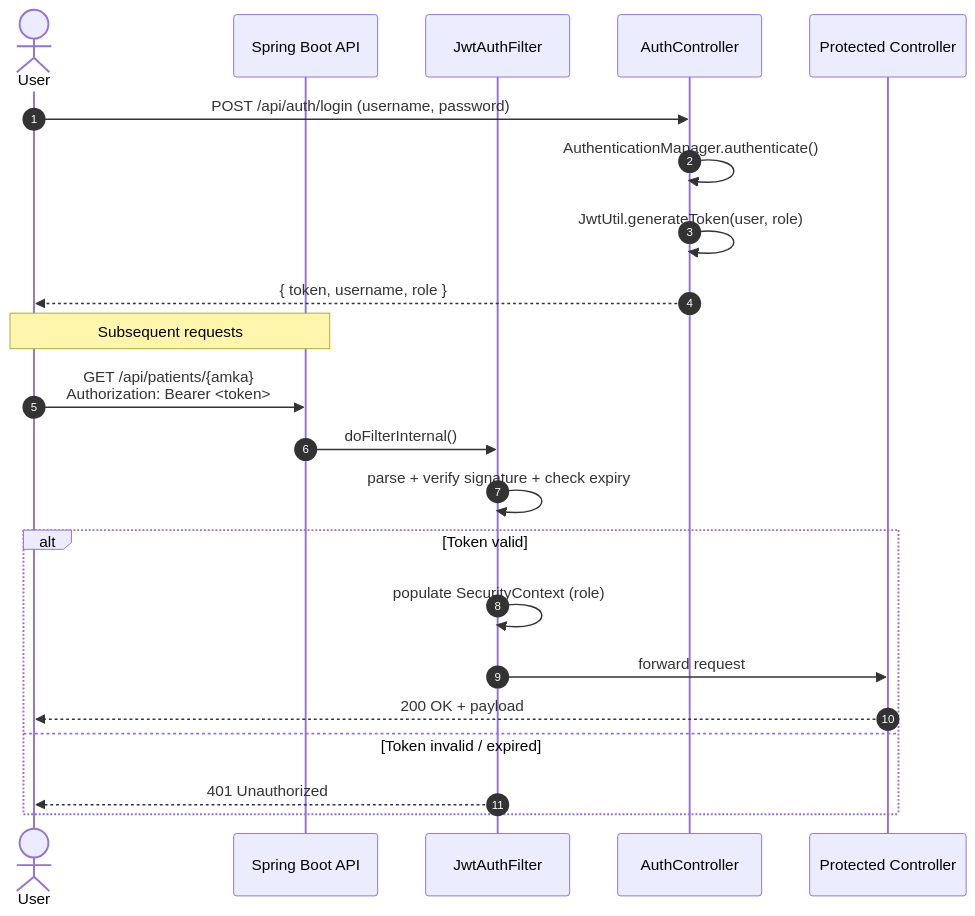
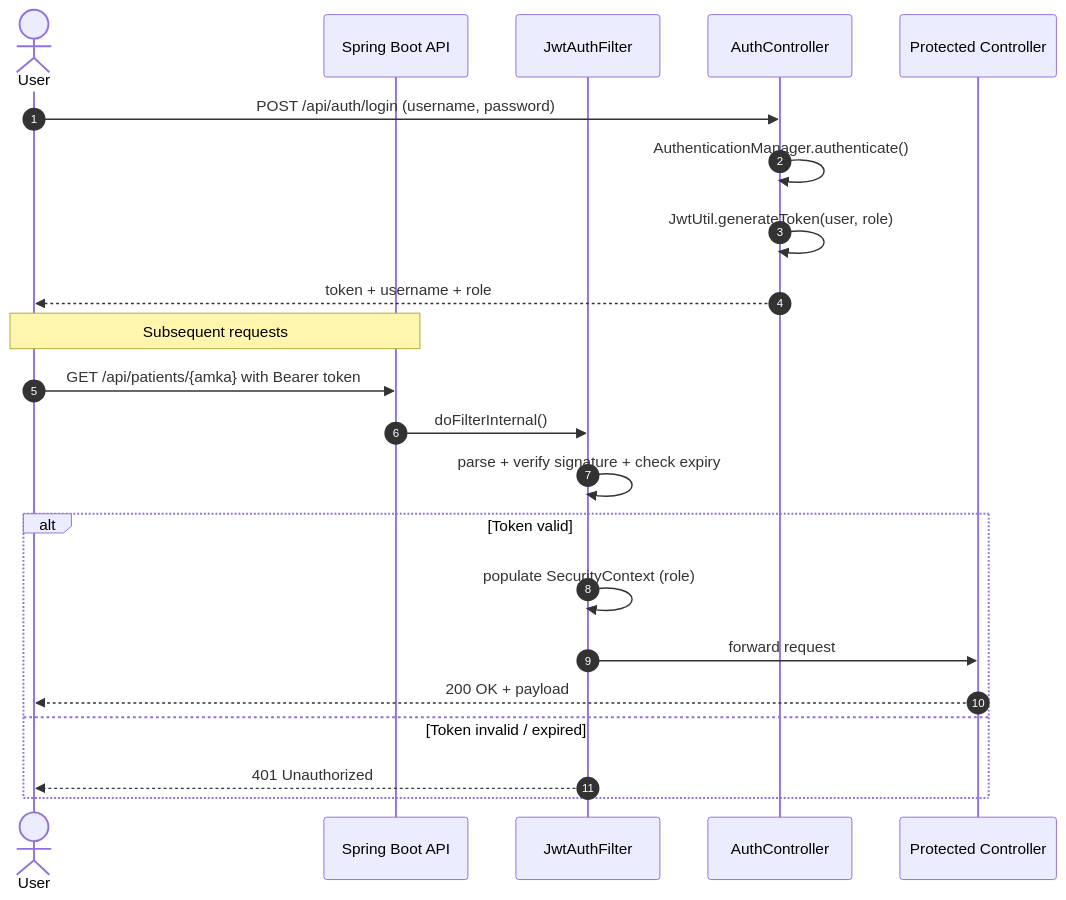
Before and after one commit to DimitriosDalaklidhs/spring-boot-Greek-hospital-system: the second of 3 diagrams in README.md, drawn with Mermaid. The commit also changed other lines of this file, not shown here.

````diff
--- a/README.md
+++ b/README.md
@@ -137,27 +137,27 @@
 ```mermaid
 sequenceDiagram
     autonumber
     actor User
     participant API as Spring Boot API
     participant Filter as JwtAuthFilter
     participant Auth as AuthController
     participant Ctrl as Protected Controller
 
     User->>Auth: POST /api/auth/login (username, password)
     Auth->>Auth: AuthenticationManager.authenticate()
     Auth->>Auth: JwtUtil.generateToken(user, role)
-    Auth-->>User: { token, username, role }
+    Auth-->>User: token + username + role
 
     Note over User,API: Subsequent requests
 
-    User->>API: GET /api/patients/{amka}<br/>Authorization: Bearer <token>
+    User->>API: GET /api/patients/{amka} with Bearer token
     API->>Filter: doFilterInternal()
     Filter->>Filter: parse + verify signature + check expiry
     alt Token valid
         Filter->>Filter: populate SecurityContext (role)
         Filter->>Ctrl: forward request
         Ctrl-->>User: 200 OK + payload
     else Token invalid / expired
         Filter-->>User: 401 Unauthorized
     end
 ```
````
